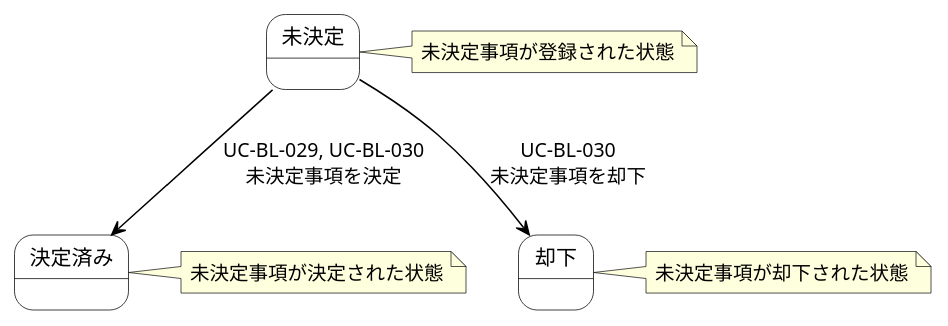
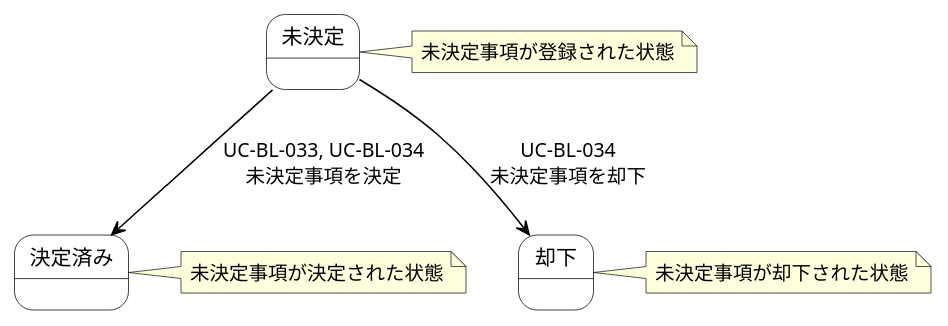
Before and after one commit to mizo432/modulith-learning: the diagram in docs/22 要件定義書/AG アジルーム/03 機能要件/AG-02 要求バックログ管理/04.システム/02.ステート/ステートマシン図_未決定一覧.md, drawn with PlantUML. The commit also changed other lines of this file and 11 other files, not shown here.

````diff
--- a/docs/22 要件定義書/AG アジルーム/03 機能要件/AG-02 要求バックログ管理/04.システム/02.ステート/ステートマシン図_未決定一覧.md
+++ b/docs/22 要件定義書/AG アジルーム/03 機能要件/AG-02 要求バックログ管理/04.システム/02.ステート/ステートマシン図_未決定一覧.md
@@ -7,28 +7,28 @@
 ```plantuml
 @startuml
 skinparam state {
   BackgroundColor White
   BorderColor Black
   ArrowColor Black
 }
 
 state "未決定" as Undecided
 state "決定済み" as Decided
 state "却下" as Rejected
 
-Undecided --> Decided : UC-BL-029, UC-BL-030\n未決定事項を決定
-Undecided --> Rejected : UC-BL-030\n未決定事項を却下
+Undecided --> Decided : UC-BL-033, UC-BL-034\n未決定事項を決定
+Undecided --> Rejected : UC-BL-034\n未決定事項を却下
 
 note right of Undecided
   未決定事項が登録された状態
 end note
 
 note right of Decided
   未決定事項が決定された状態
 end note
 
 note right of Rejected
   未決定事項が却下された状態
 end note
 @enduml
 ```
````
